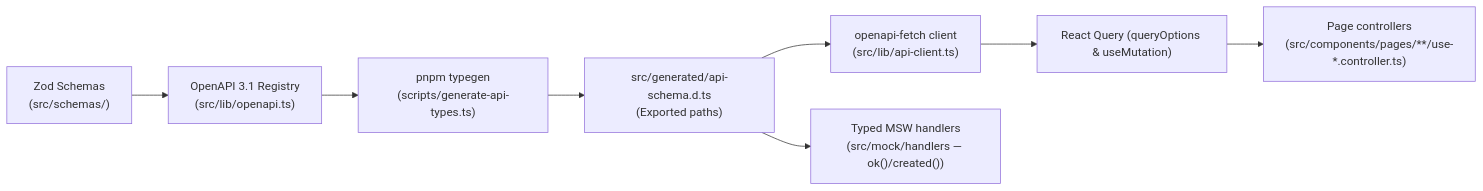
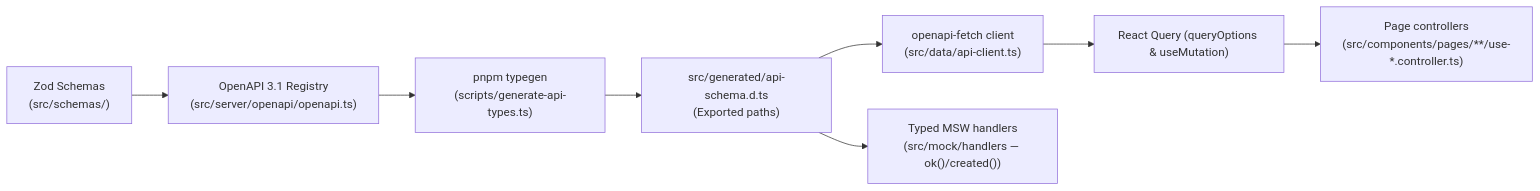
The diagram in docs/04-api-and-type-safety.md (Abbas4tech/GhostMsg), drawn with Mermaid before and after one commit. The commit also changed other lines of this file and 198 other files, not shown here.

````diff
--- a/docs/04-api-and-type-safety.md
+++ b/docs/04-api-and-type-safety.md
@@ -9,10 +9,10 @@
 ```mermaid
 flowchart LR
-    A["Zod Schemas\n(src/schemas/)"] --> B["OpenAPI 3.1 Registry\n(src/lib/openapi.ts)"]
+    A["Zod Schemas\n(src/schemas/)"] --> B["OpenAPI 3.1 Registry\n(src/server/openapi/openapi.ts)"]
     B --> C["pnpm typegen\n(scripts/generate-api-types.ts)"]
     C --> D["src/generated/api-schema.d.ts\n(Exported paths)"]
-    D --> E["openapi-fetch client\n(src/lib/api-client.ts)"]
+    D --> E["openapi-fetch client\n(src/data/api-client.ts)"]
     E --> F["React Query (queryOptions & useMutation)"]
     D --> G["Typed MSW handlers\n(src/mock/handlers — ok()/created())"]
     F --> H["Page controllers\n(src/components/pages/**/use-*.controller.ts)"]
 ```
````
